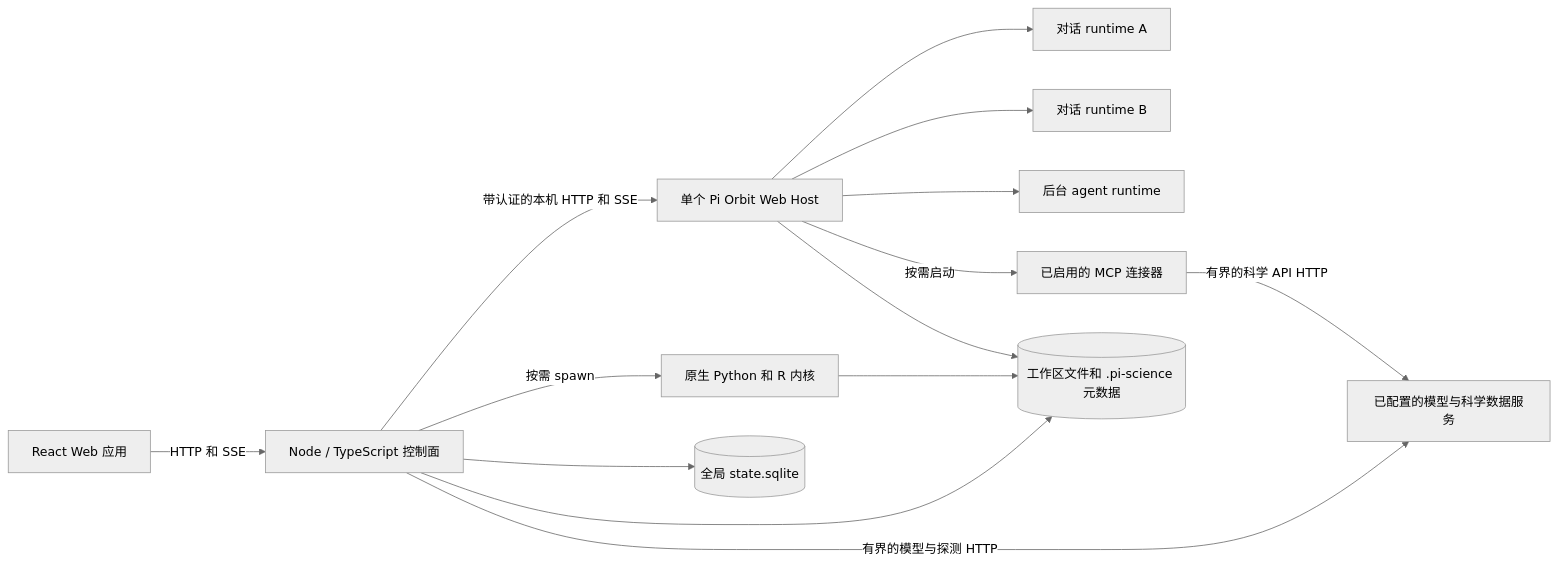
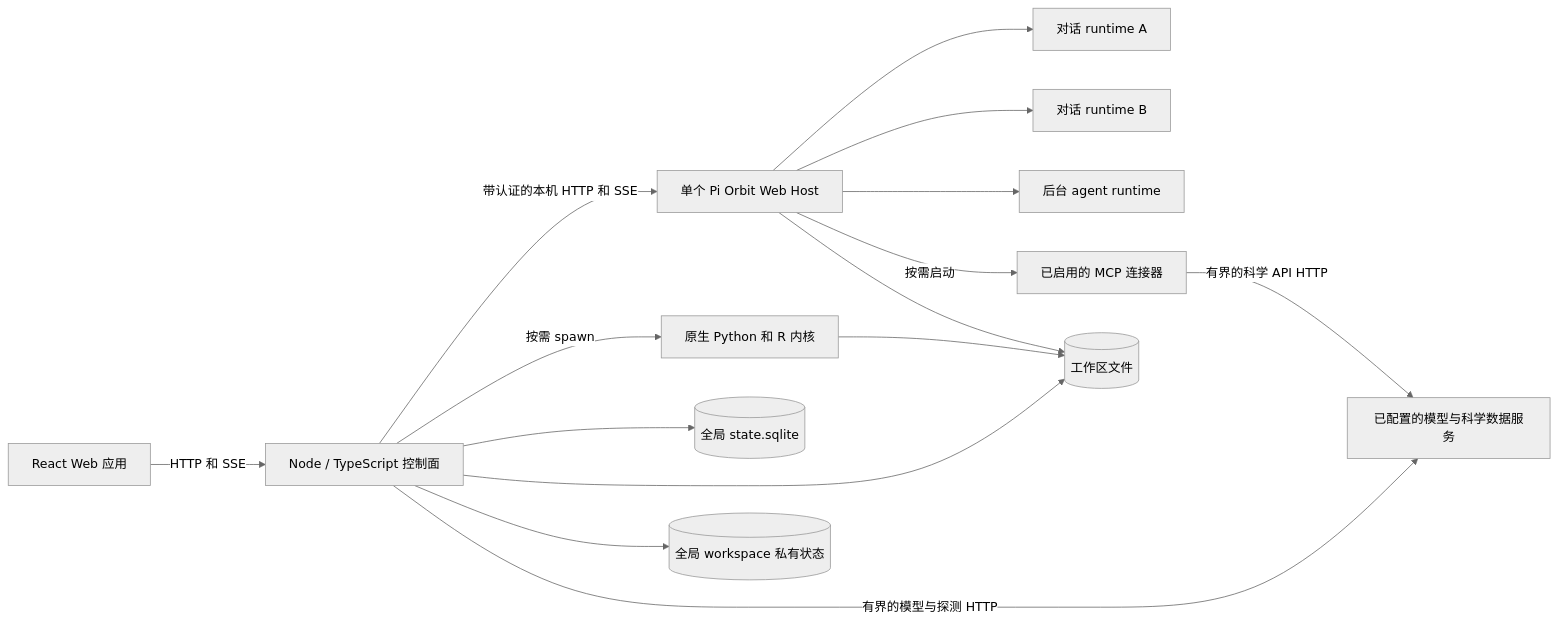
Before and after one commit to Garhorne0813/pi-science: the first of 4 diagrams in docs/architecture.zh-CN.md, drawn with Mermaid (neutral theme). The commit also changed other lines of this file and 65 other files, not shown here.

````diff
--- a/docs/architecture.zh-CN.md
+++ b/docs/architecture.zh-CN.md
@@ -10,16 +10,17 @@
 ```mermaid
 flowchart LR
     UI[React Web 应用] -->|HTTP 和 SSE| CP[Node / TypeScript 控制面]
     CP -->|带认证的本机 HTTP 和 SSE| PH[单个 Pi Orbit Web Host]
     PH --> R1[对话 runtime A]
     PH --> R2[对话 runtime B]
     PH --> RN[后台 agent runtime]
     PH -->|按需启动| MCP[已启用的 MCP 连接器]
     CP -->|按需 spawn| K[原生 Python 和 R 内核]
     CP --> DB[(全局 state.sqlite)]
-    CP --> WS[(工作区文件和 .pi-science 元数据)]
+    CP --> WS[(工作区文件)]
+    CP --> PS[(全局 workspace 私有状态)]
     CP -->|有界的模型与探测 HTTP| EXT[已配置的模型与科学数据服务]
     MCP -->|有界的科学 API HTTP| EXT
     PH --> WS
     K --> WS
 ```
````
